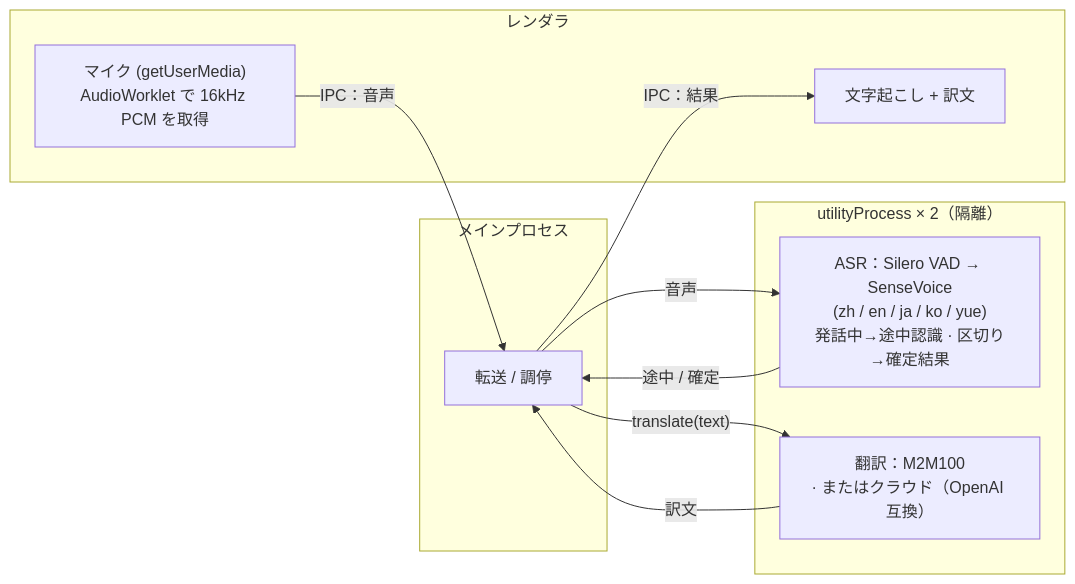
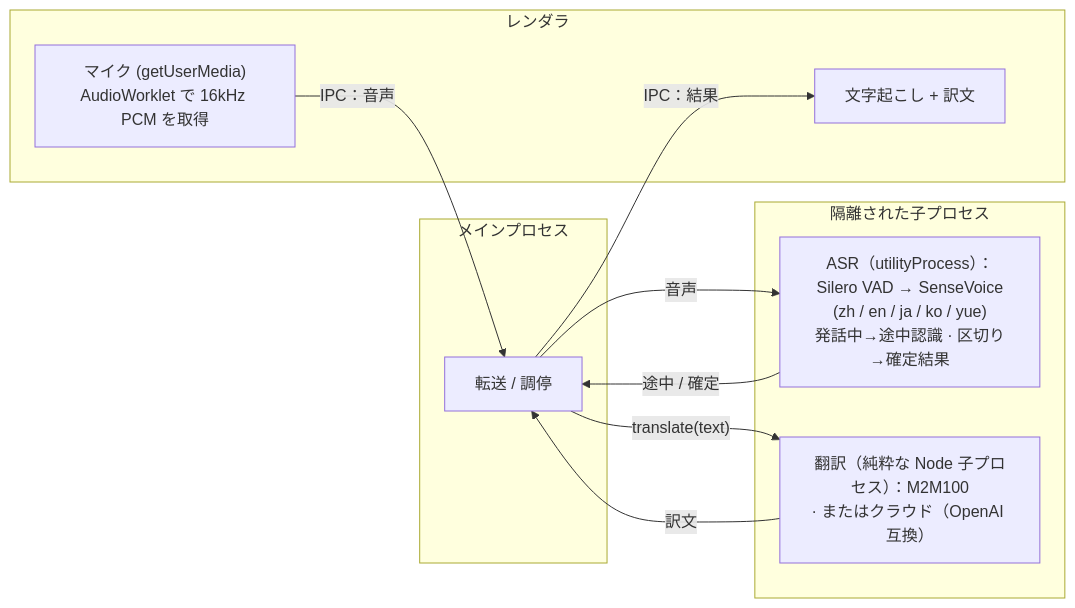
Before and after one commit to baijunjie/realtime-translator: the diagram in README.ja.md, drawn with Mermaid. The commit also changed other lines of this file and 5 other files, not shown here.

````diff
--- a/README.ja.md
+++ b/README.ja.md
@@ -108,20 +115,20 @@
 ```mermaid
 flowchart LR
   subgraph RENDER["レンダラ"]
     MIC["マイク (getUserMedia)<br/>AudioWorklet で 16kHz PCM を取得"]
     UI["文字起こし + 訳文"]
   end
   subgraph MAIN["メインプロセス"]
     HUB["転送 / 調停"]
   end
-  subgraph UTIL["utilityProcess × 2（隔離）"]
-    ASR["ASR：Silero VAD → SenseVoice<br/>(zh / en / ja / ko / yue)<br/>発話中→途中認識 · 区切り→確定結果"]
-    TRANS["翻訳：M2M100<br/>· またはクラウド（OpenAI 互換）"]
+  subgraph UTIL["隔離された子プロセス"]
+    ASR["ASR（utilityProcess）：Silero VAD → SenseVoice<br/>(zh / en / ja / ko / yue)<br/>発話中→途中認識 · 区切り→確定結果"]
+    TRANS["翻訳（純粋な Node 子プロセス）：M2M100<br/>· またはクラウド（OpenAI 互換）"]
   end
   MIC -- "IPC：音声" --> HUB
   HUB -- 音声 --> ASR
   ASR -- "途中 / 確定" --> HUB
   HUB -- "translate(text)" --> TRANS
   TRANS -- 訳文 --> HUB
   HUB -- "IPC：結果" --> UI
 ```
````
